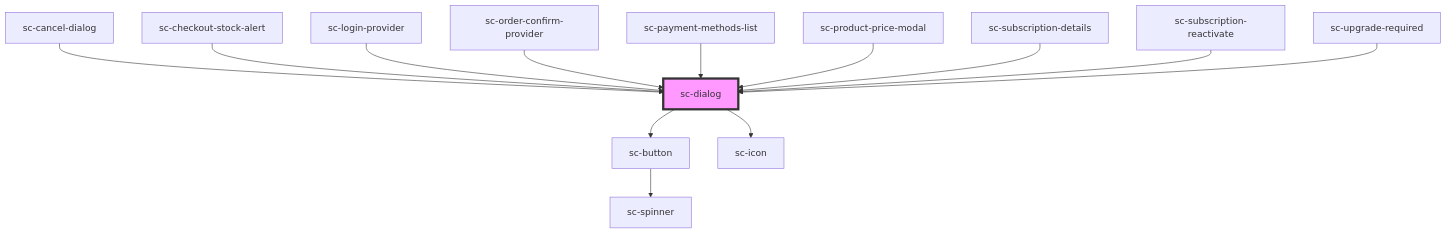
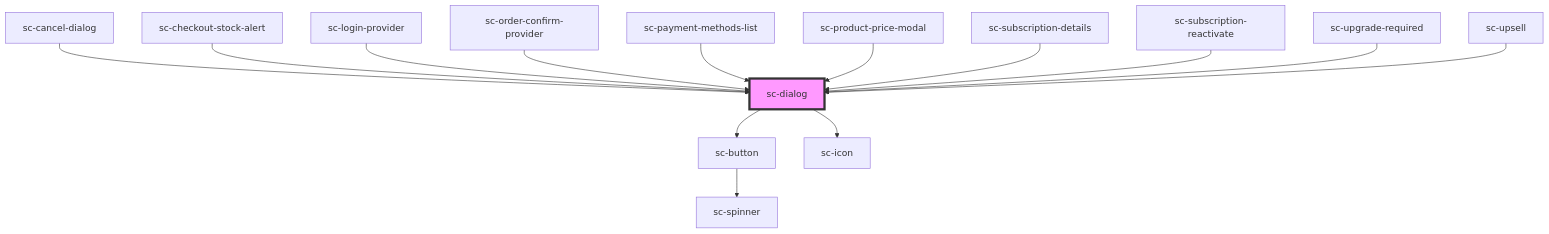
One commit to surecart/surecart-wp-plugin changed the diagram in packages/components/src/components/ui/sc-dialog/readme.md. Above: the diagram before and after it, drawn with Mermaid. The commit also changed other lines of this file and 11 other files, not shown here.

````diff
--- a/packages/components/src/components/ui/sc-dialog/readme.md
+++ b/packages/components/src/components/ui/sc-dialog/readme.md
@@ -63,16 +64,17 @@
 ```mermaid
 graph TD;
   sc-dialog --> sc-button
   sc-dialog --> sc-icon
   sc-button --> sc-spinner
   sc-cancel-dialog --> sc-dialog
   sc-checkout-stock-alert --> sc-dialog
   sc-login-provider --> sc-dialog
   sc-order-confirm-provider --> sc-dialog
   sc-payment-methods-list --> sc-dialog
   sc-product-price-modal --> sc-dialog
   sc-subscription-details --> sc-dialog
   sc-subscription-reactivate --> sc-dialog
   sc-upgrade-required --> sc-dialog
+  sc-upsell --> sc-dialog
   style sc-dialog fill:#f9f,stroke:#333,stroke-width:4px
 ```
````
